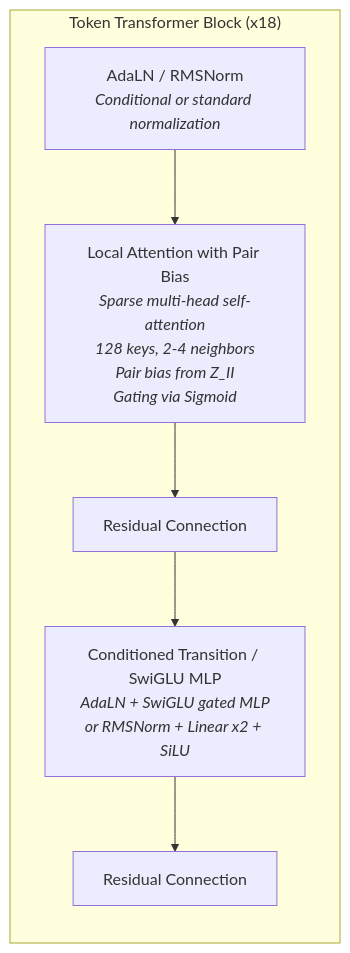
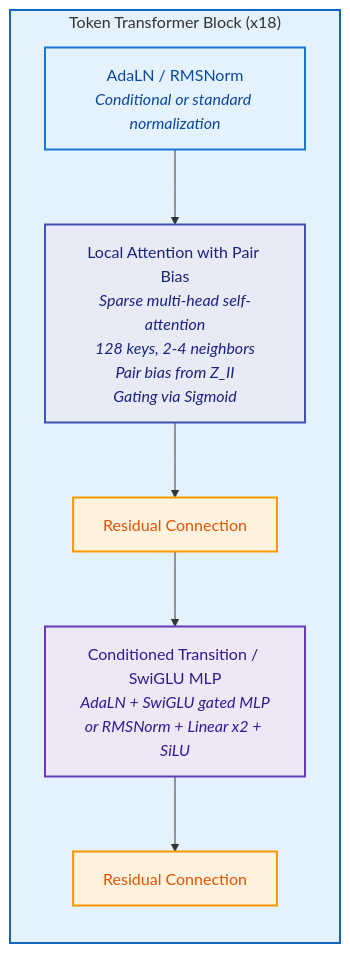
One commit to RTae/foundry changed the fourth of 5 diagrams in models/rfd3/RFD3_architecture_mermaid.md. Above: the diagram before and after it, drawn with Mermaid. The commit also changed other lines of this file, not shown here.

Commit message:
refactor: enhance styling for clarity in RFD3 model architecture diagrams

````diff
--- a/models/rfd3/RFD3_architecture_mermaid.md
+++ b/models/rfd3/RFD3_architecture_mermaid.md
@@ -107,12 +135,19 @@
 ```mermaid
 flowchart TD
     subgraph TokenTransformerBlock["Token Transformer Block (x18)"]
         direction TB
         C1[AdaLN / RMSNorm<br><i>Conditional or standard normalization</i>]
         C2[Local Attention with Pair Bias<br><i>Sparse multi-head self-attention<br>128 keys, 2-4 neighbors<br>Pair bias from Z_II<br>Gating via Sigmoid</i>]
         C3[Residual Connection]
         C4[Conditioned Transition / SwiGLU MLP<br><i>AdaLN + SwiGLU gated MLP<br>or RMSNorm + Linear x2 + SiLU</i>]
         C5[Residual Connection]
         C1 --> C2 --> C3 --> C4 --> C5
     end
+
+    style C1 fill:#e3f2fd,stroke:#1976D2,stroke-width:2px,color:#0D47A1
+    style C2 fill:#e8eaf6,stroke:#3F51B5,stroke-width:2px,color:#1A237E
+    style C3 fill:#fff3e0,stroke:#FF9800,stroke-width:2px,color:#E65100
+    style C4 fill:#ede7f6,stroke:#673AB7,stroke-width:2px,color:#311B92
+    style C5 fill:#fff3e0,stroke:#FF9800,stroke-width:2px,color:#E65100
+    style TokenTransformerBlock fill:#e3f2fd,stroke:#1565C0,stroke-width:2px
 ```
````
